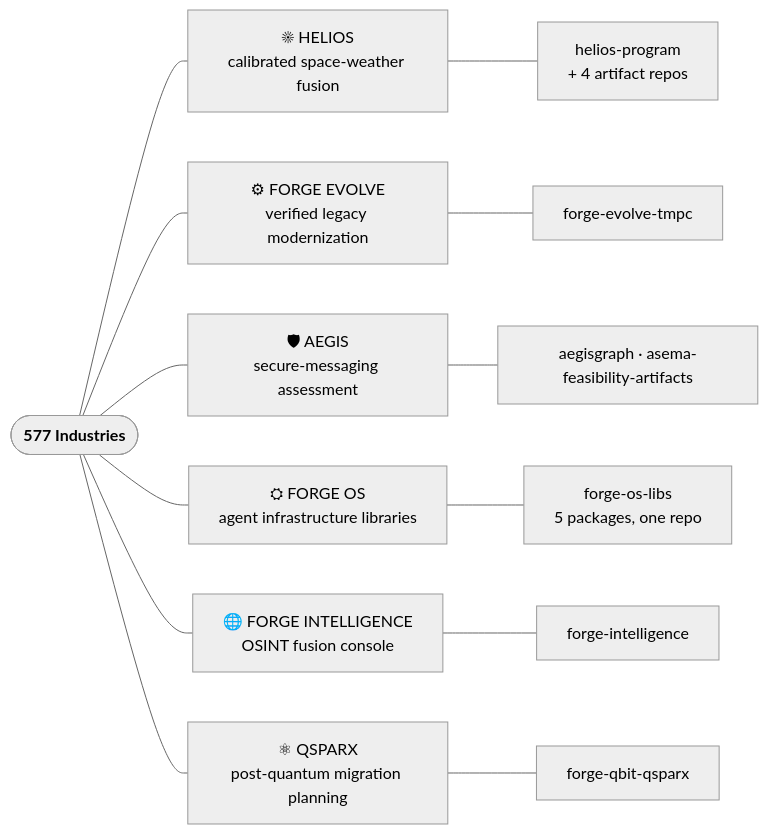
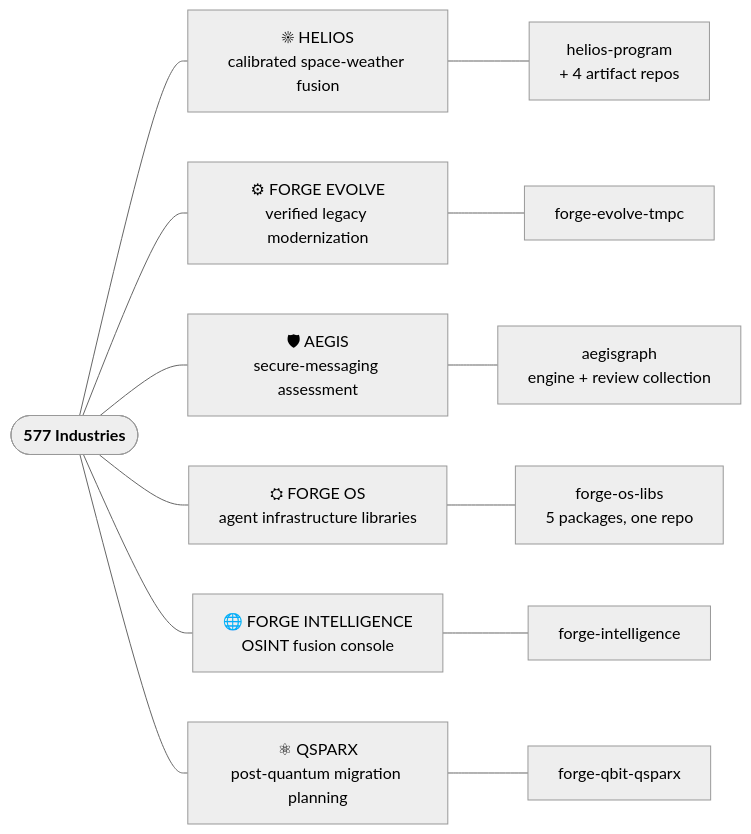
Before and after one commit to 577Industries/open-source: the diagram in .github-org/profile/README.md, drawn with Mermaid. The commit also changed other lines of this file and 162 other files, not shown here.

````diff
--- a/.github-org/profile/README.md
+++ b/.github-org/profile/README.md
@@ -30,18 +30,18 @@
 ```mermaid
 %%{init: {'theme':'neutral'}}%%
 flowchart LR
     ORG(["577 Industries"]):::org
     ORG --- HELIOS["☀ HELIOS<br/>calibrated space-weather fusion"]
     ORG --- EVOLVE["⚙ FORGE EVOLVE<br/>verified legacy modernization"]
     ORG --- AEGIS["🛡 AEGIS<br/>secure-messaging assessment"]
     ORG --- FOS["⛭ FORGE OS<br/>agent infrastructure libraries"]
     ORG --- FI["🌐 FORGE INTELLIGENCE<br/>OSINT fusion console"]
     ORG --- QS["⚛ QSPARX<br/>post-quantum migration planning"]
     HELIOS --- hp["helios-program<br/>+ 4 artifact repos"]
     EVOLVE --- fe["forge-evolve-tmpc"]
-    AEGIS --- ag["aegisgraph · asema-feasibility-artifacts"]
+    AEGIS --- ag["aegisgraph<br/>engine + review collection"]
     FOS --- fl["forge-os-libs<br/>5 packages, one repo"]
     FI --- fi["forge-intelligence"]
     QS --- qs["forge-qbit-qsparx"]
     classDef org font-weight:bold
 ```
````
